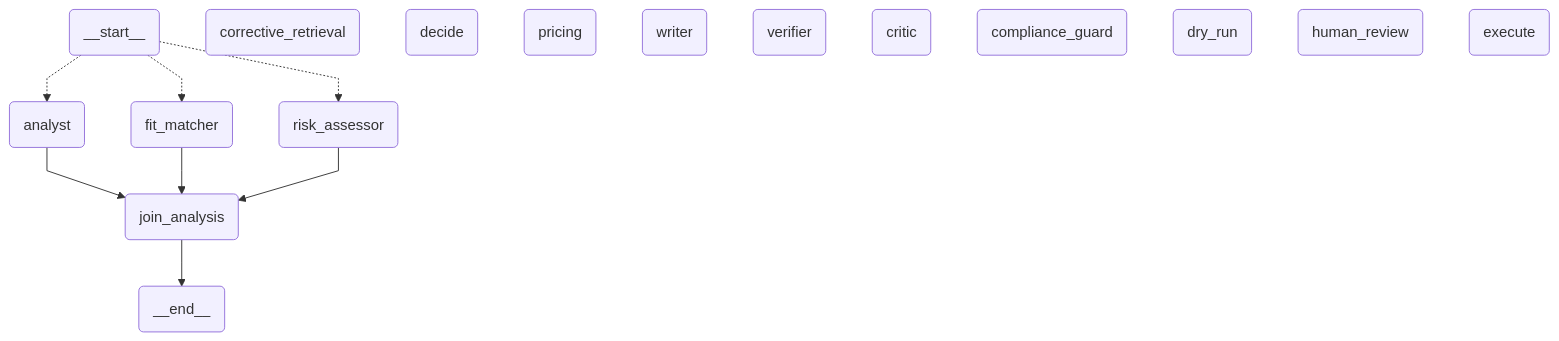
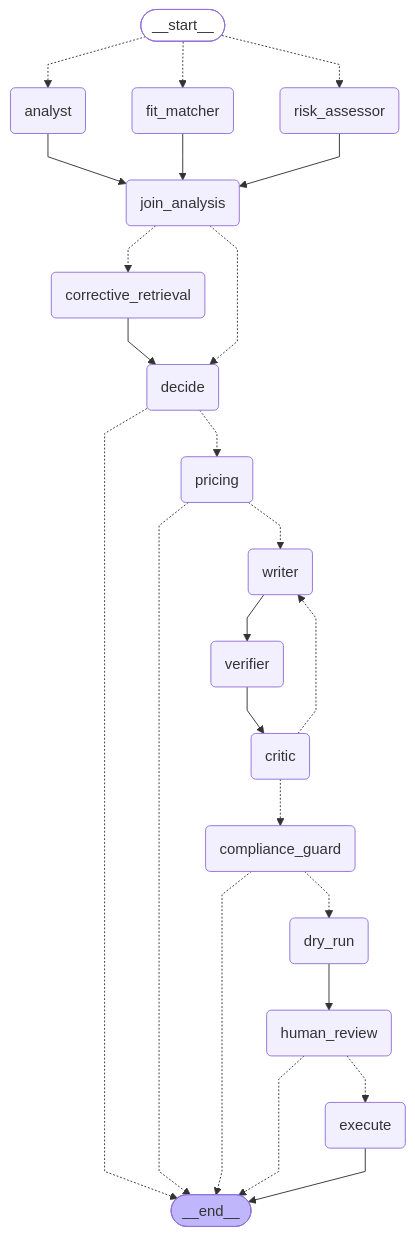
Before and after one commit to MominMunir/agentic-a2-0854: the diagram in docs/graphs/bid.mmd, drawn with Mermaid. The commit also changed 49 other files, not shown here.

Commit message:
Finalize report, compiled graphs and public technical article

```diff
--- a/docs/graphs/bid.mmd
+++ b/docs/graphs/bid.mmd
@@ -1,32 +1,48 @@
 ---
 config:
   flowchart:
     curve: linear
 ---
 graph TD;
-	__start__(<p>__start__</p>)
+	__start__([<p>__start__</p>]):::first
 	corrective_retrieval(corrective_retrieval)
 	join_analysis(join_analysis)
 	analyst(analyst)
 	risk_assessor(risk_assessor)
 	fit_matcher(fit_matcher)
 	decide(decide)
 	pricing(pricing)
 	writer(writer)
 	verifier(verifier)
 	critic(critic)
 	compliance_guard(compliance_guard)
 	dry_run(dry_run)
 	human_review(human_review)
 	execute(execute)
-	__end__(<p>__end__</p>)
+	__end__([<p>__end__</p>]):::last
 	__start__ -.-> analyst;
 	__start__ -.-> fit_matcher;
 	__start__ -.-> risk_assessor;
 	analyst --> join_analysis;
+	compliance_guard -.-> __end__;
+	compliance_guard -.-> dry_run;
+	corrective_retrieval --> decide;
+	critic -.-> compliance_guard;
+	critic -.-> writer;
+	decide -.-> __end__;
+	decide -.-> pricing;
+	dry_run --> human_review;
 	fit_matcher --> join_analysis;
+	human_review -.-> __end__;
+	human_review -.-> execute;
+	join_analysis -.-> corrective_retrieval;
+	join_analysis -.-> decide;
+	pricing -.-> __end__;
+	pricing -.-> writer;
 	risk_assessor --> join_analysis;
-	join_analysis --> __end__;
+	verifier --> critic;
+	writer --> verifier;
+	execute --> __end__;
 	classDef default fill:#f2f0ff,line-height:1.2
 	classDef first fill-opacity:0
 	classDef last fill:#bfb6fc
```
